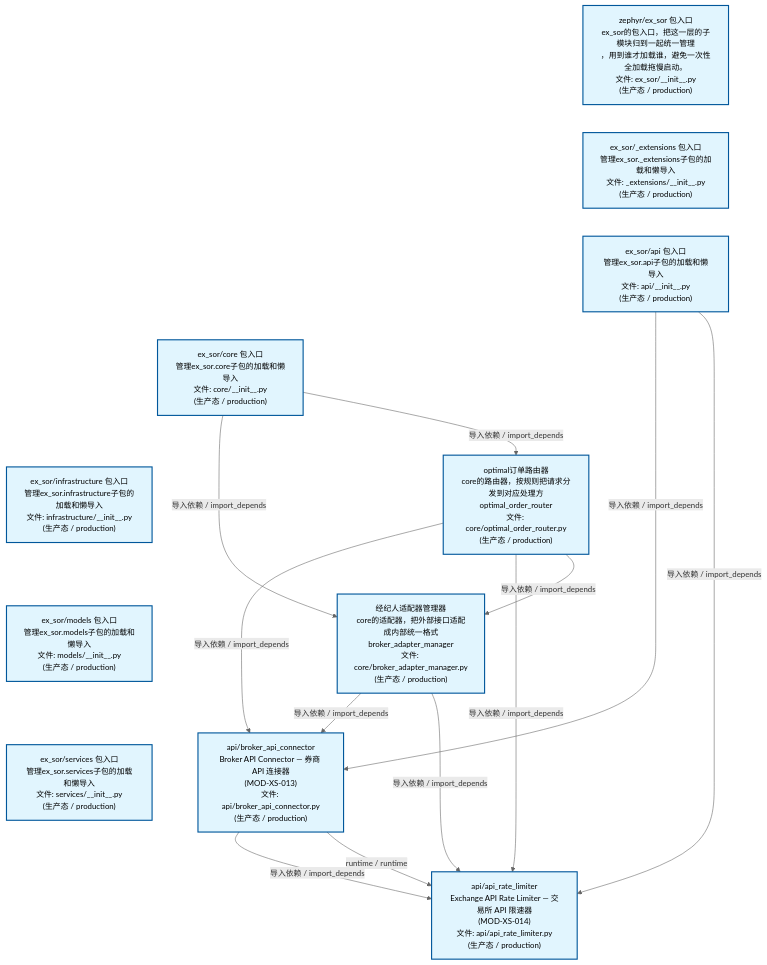
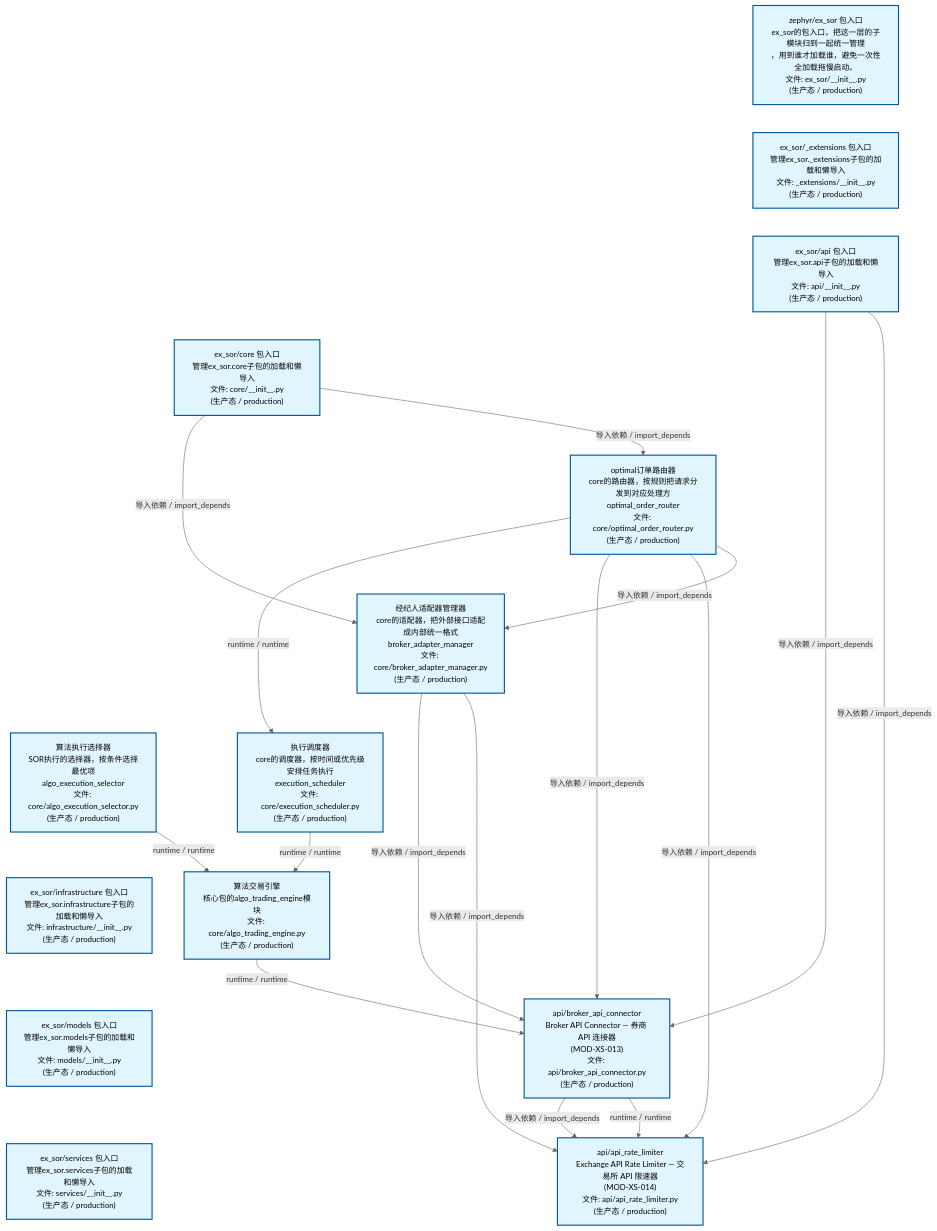
The second of 4 diagrams in docs/02_enterprise_architecture/02_domain_architecture_docs/45_d_ex_sor.md (xuanFelixVan/ZephyrAlpha), drawn with Mermaid before and after one commit. The commit also changed other lines of this file and 45 other files, not shown here.

````diff
--- a/docs/02_enterprise_architecture/02_domain_architecture_docs/45_d_ex_sor.md
+++ b/docs/02_enterprise_architecture/02_domain_architecture_docs/45_d_ex_sor.md
@@ -132,37 +132,46 @@
 ```mermaid
 %%{init: {'theme': 'base', 'themeVariables': {'primaryColor': '#eaeaea', 'primaryTextColor': '#333333', 'primaryBorderColor': '#666666', 'lineColor': '#666666', 'secondaryColor': '#eaeaea', 'tertiaryColor': '#eaeaea', 'fontSize': '14px'}}}%%
 flowchart TD
     src_zephyr_ex_sor_init_py["zephyr/ex_sor 包入口<br/>ex_sor的包入口，把这一层的子模块归到一起统一管理<br/>，用到谁才加载谁，避免一次性全加载拖慢启动。<br/>文件: ex_sor/__init__.py<br/>(生产态 / production)"]
     src_zephyr_ex_sor_extensions_init_py["ex_sor/_extensions 包入口<br/>管理ex_sor._extensions子包的加载和懒导入<br/>文件: _extensions/__init__.py<br/>(生产态 / production)"]
     src_zephyr_ex_sor_api_init_py["ex_sor/api 包入口<br/>管理ex_sor.api子包的加载和懒导入<br/>文件: api/__init__.py<br/>(生产态 / production)"]
     src_zephyr_ex_sor_core_init_py["ex_sor/core 包入口<br/>管理ex_sor.core子包的加载和懒导入<br/>文件: core/__init__.py<br/>(生产态 / production)"]
+    src_zephyr_ex_sor_core_algo_execution_selector_py["算法执行选择器<br/>SOR执行的选择器，按条件选择最优项<br/>algo_execution_selector<br/>文件: core/algo_execution_selector.py<br/>(生产态 / production)"]
     src_zephyr_ex_sor_infrastructure_init_py["ex_sor/infrastructure 包入口<br/>管理ex_sor.infrastructure子包的加载和懒导入<br/>文件: infrastructure/__init__.py<br/>(生产态 / production)"]
     src_zephyr_ex_sor_models_init_py["ex_sor/models 包入口<br/>管理ex_sor.models子包的加载和懒导入<br/>文件: models/__init__.py<br/>(生产态 / production)"]
     src_zephyr_ex_sor_services_init_py["ex_sor/services 包入口<br/>管理ex_sor.services子包的加载和懒导入<br/>文件: services/__init__.py<br/>(生产态 / production)"]
     src_zephyr_ex_sor_init_py ~~~ src_zephyr_ex_sor_extensions_init_py
     src_zephyr_ex_sor_extensions_init_py ~~~ src_zephyr_ex_sor_api_init_py
     src_zephyr_ex_sor_api_init_py ~~~ src_zephyr_ex_sor_core_init_py
-    src_zephyr_ex_sor_core_init_py ~~~ src_zephyr_ex_sor_infrastructure_init_py
+    src_zephyr_ex_sor_core_init_py ~~~ src_zephyr_ex_sor_core_algo_execution_selector_py
+    src_zephyr_ex_sor_core_algo_execution_selector_py ~~~ src_zephyr_ex_sor_infrastructure_init_py
     src_zephyr_ex_sor_infrastructure_init_py ~~~ src_zephyr_ex_sor_models_init_py
     src_zephyr_ex_sor_models_init_py ~~~ src_zephyr_ex_sor_services_init_py
     src_zephyr_ex_sor_core_optimal_order_router_py["optimal订单路由器<br/>core的路由器，按规则把请求分发到对应处理方<br/>optimal_order_router<br/>文件: core/optimal_order_router.py<br/>(生产态 / production)"]
     src_zephyr_ex_sor_core_broker_adapter_manager_py["经纪人适配器管理器<br/>core的适配器，把外部接口适配成内部统一格式<br/>broker_adapter_manager<br/>文件: core/broker_adapter_manager.py<br/>(生产态 / production)"]
+    src_zephyr_ex_sor_core_execution_scheduler_py["执行调度器<br/>core的调度器，按时间或优先级安排任务执行<br/>execution_scheduler<br/>文件: core/execution_scheduler.py<br/>(生产态 / production)"]
+    src_zephyr_ex_sor_core_broker_adapter_manager_py ~~~ src_zephyr_ex_sor_core_execution_scheduler_py
+    src_zephyr_ex_sor_core_algo_trading_engine_py["算法交易引擎<br/>核心包的algo_trading_engine模块<br/>文件: core/algo_trading_engine.py<br/>(生产态 / production)"]
     src_zephyr_ex_sor_api_broker_api_connector_py["api/broker_api_connector<br/>Broker API Connector — 券商 API 连接器<br/>(MOD-XS-013)<br/>文件: api/broker_api_connector.py<br/>(生产态 / production)"]
     src_zephyr_ex_sor_api_api_rate_limiter_py["api/api_rate_limiter<br/>Exchange API Rate Limiter — 交易所 API 限速器<br/>(MOD-XS-014)<br/>文件: api/api_rate_limiter.py<br/>(生产态 / production)"]
+    src_zephyr_ex_sor_core_execution_scheduler_py -->|runtime / runtime| src_zephyr_ex_sor_core_algo_trading_engine_py
+    src_zephyr_ex_sor_core_algo_trading_engine_py -->|runtime / runtime| src_zephyr_ex_sor_api_broker_api_connector_py
+    src_zephyr_ex_sor_core_algo_execution_selector_py -->|runtime / runtime| src_zephyr_ex_sor_core_algo_trading_engine_py
     src_zephyr_ex_sor_api_broker_api_connector_py -->|导入依赖 / import_depends| src_zephyr_ex_sor_api_api_rate_limiter_py
     src_zephyr_ex_sor_api_broker_api_connector_py -->|runtime / runtime| src_zephyr_ex_sor_api_api_rate_limiter_py
     src_zephyr_ex_sor_api_init_py -->|导入依赖 / import_depends| src_zephyr_ex_sor_api_broker_api_connector_py
     src_zephyr_ex_sor_api_init_py -->|导入依赖 / import_depends| src_zephyr_ex_sor_api_api_rate_limiter_py
     src_zephyr_ex_sor_core_broker_adapter_manager_py -->|导入依赖 / import_depends| src_zephyr_ex_sor_api_broker_api_connector_py
     src_zephyr_ex_sor_core_broker_adapter_manager_py -->|导入依赖 / import_depends| src_zephyr_ex_sor_api_api_rate_limiter_py
+    src_zephyr_ex_sor_core_optimal_order_router_py -->|runtime / runtime| src_zephyr_ex_sor_core_execution_scheduler_py
     src_zephyr_ex_sor_core_optimal_order_router_py -->|导入依赖 / import_depends| src_zephyr_ex_sor_api_broker_api_connector_py
     src_zephyr_ex_sor_core_optimal_order_router_py -->|导入依赖 / import_depends| src_zephyr_ex_sor_api_api_rate_limiter_py
     src_zephyr_ex_sor_core_optimal_order_router_py -->|导入依赖 / import_depends| src_zephyr_ex_sor_core_broker_adapter_manager_py
     src_zephyr_ex_sor_core_init_py -->|导入依赖 / import_depends| src_zephyr_ex_sor_core_broker_adapter_manager_py
     src_zephyr_ex_sor_core_init_py -->|导入依赖 / import_depends| src_zephyr_ex_sor_core_optimal_order_router_py
     classDef production fill:#e1f5fe,stroke:#01579b,stroke-width:2px,color:#000
     classDef design fill:#fff3e0,stroke:#e65100,stroke-width:2px,color:#000,stroke-dasharray: 5 5
     classDef external_prod fill:#e8f4fd,stroke:#0277bd,stroke-width:1px,color:#000
     classDef external_design fill:#fff8e7,stroke:#ef6c00,stroke-width:1px,color:#000,stroke-dasharray: 5 5
-    class src_zephyr_ex_sor_init_py,src_zephyr_ex_sor_extensions_init_py,src_zephyr_ex_sor_api_init_py,src_zephyr_ex_sor_api_api_rate_limiter_py,src_zephyr_ex_sor_api_broker_api_connector_py,src_zephyr_ex_sor_core_init_py,src_zephyr_ex_sor_core_broker_adapter_manager_py,src_zephyr_ex_sor_core_optimal_order_router_py,src_zephyr_ex_sor_infrastructure_init_py,src_zephyr_ex_sor_models_init_py,src_zephyr_ex_sor_services_init_py production
+    class src_zephyr_ex_sor_init_py,src_zephyr_ex_sor_extensions_init_py,src_zephyr_ex_sor_api_init_py,src_zephyr_ex_sor_api_api_rate_limiter_py,src_zephyr_ex_sor_api_broker_api_connector_py,src_zephyr_ex_sor_core_init_py,src_zephyr_ex_sor_core_algo_execution_selector_py,src_zephyr_ex_sor_core_algo_trading_engine_py,src_zephyr_ex_sor_core_broker_adapter_manager_py,src_zephyr_ex_sor_core_execution_scheduler_py,src_zephyr_ex_sor_core_optimal_order_router_py,src_zephyr_ex_sor_infrastructure_init_py,src_zephyr_ex_sor_models_init_py,src_zephyr_ex_sor_services_init_py production
 ```
````
